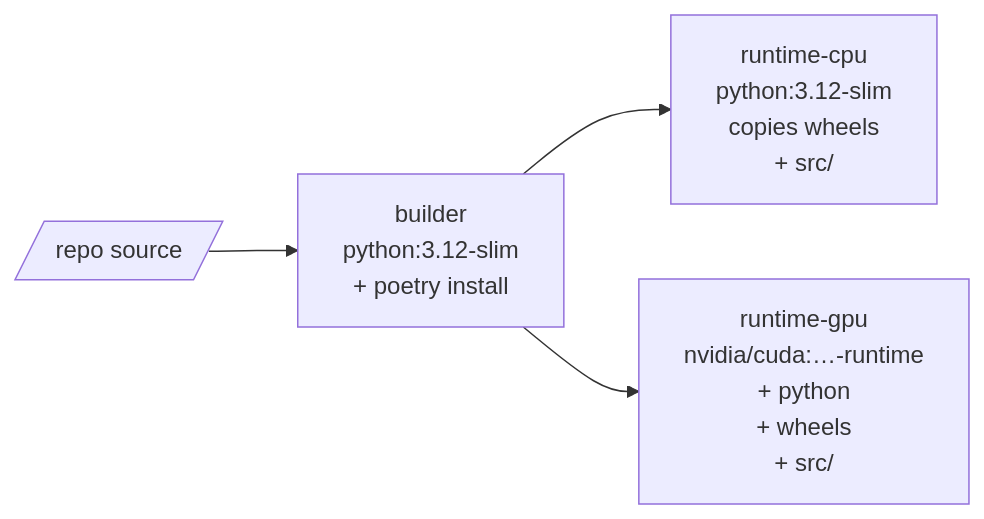
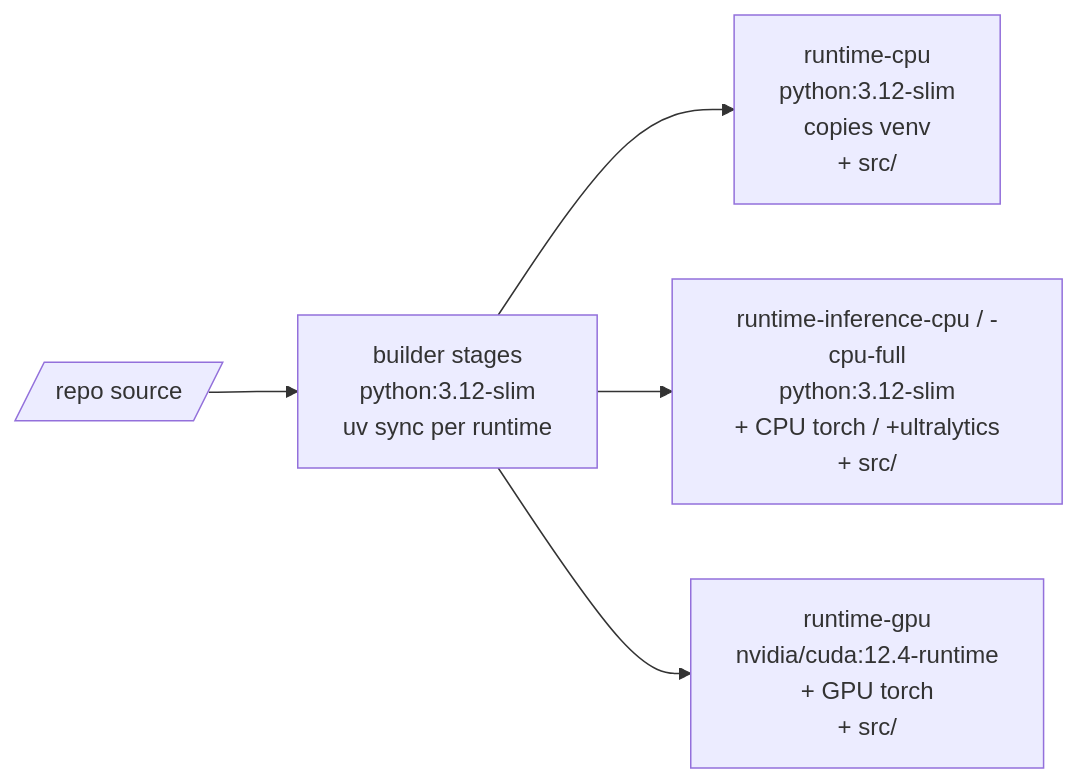
One commit to RealOrangeKun/seed-bank changed the second of 2 diagrams in docs/diagrams/10-deployment.md. Above: the diagram before and after it, drawn with Mermaid. The commit also changed other lines of this file and 18 other files, not shown here.

````diff
--- a/docs/diagrams/10-deployment.md
+++ b/docs/diagrams/10-deployment.md
@@ -73,11 +75,13 @@
 ```mermaid
 flowchart LR
     SRC[/repo source/]
-    B[builder<br/>python:3.12-slim<br/>+ poetry install]
-    CPU[runtime-cpu<br/>python:3.12-slim<br/>copies wheels<br/>+ src/]
-    GPU[runtime-gpu<br/>nvidia/cuda:…-runtime<br/>+ python<br/>+ wheels<br/>+ src/]
+    B[builder stages<br/>python:3.12-slim<br/>uv sync per runtime]
+    CPU[runtime-cpu<br/>python:3.12-slim<br/>copies venv<br/>+ src/]
+    INF[runtime-inference-cpu / -cpu-full<br/>python:3.12-slim<br/>+ CPU torch / +ultralytics<br/>+ src/]
+    GPU[runtime-gpu<br/>nvidia/cuda:12.4-runtime<br/>+ GPU torch<br/>+ src/]
 
     SRC --> B
     B --> CPU
+    B --> INF
     B --> GPU
 ```
````
